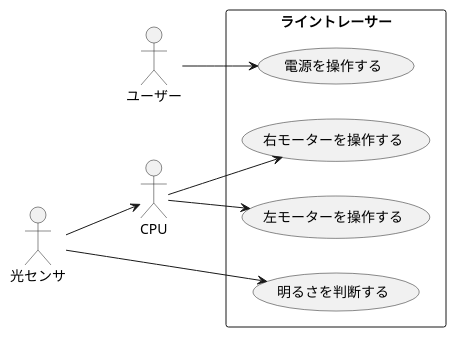
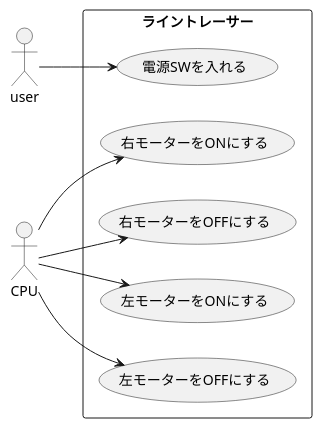
Before and after one commit to papipuponpon/uml-introduction: the diagram in 演習6-5-2_ユースケース図_ライントレーサー.pu, drawn with PlantUML. The commit also changed 2 other files, not shown here.

```diff
--- a/演習6-5-2_ユースケース図_ライントレーサー.pu
+++ b/演習6-5-2_ユースケース図_ライントレーサー.pu
@@ -1,17 +1,19 @@
-@startuml 例題1
-left to right direction
-actor ユーザー as u
-actor 光センサ as r
-actor CPU as c
-rectangle ライントレーサー {
-usecase 電源を操作する as po
-usecase 明るさを判断する as ri
-usecase 右モーターを操作する as ro
-usecase 左モーターを操作する as lo
-}
-u-->po
-r-->ri
-r-->c
-c-->ro
-c-->lo
+@startuml
+    left to right direction
+    actor user
+    actor CPU
+
+    rectangle ライントレーサー {
+        usecase 電源SWを入れる
+        usecase 右モーターをONにする
+        usecase 右モーターをOFFにする
+        usecase 左モーターをONにする
+        usecase 左モーターをOFFにする
+    }
+
+    user --> 電源SWを入れる
+    CPU --> 右モーターをONにする
+    CPU --> 右モーターをOFFにする
+    CPU --> 左モーターをONにする
+    CPU --> 左モーターをOFFにする
 @enduml
```
